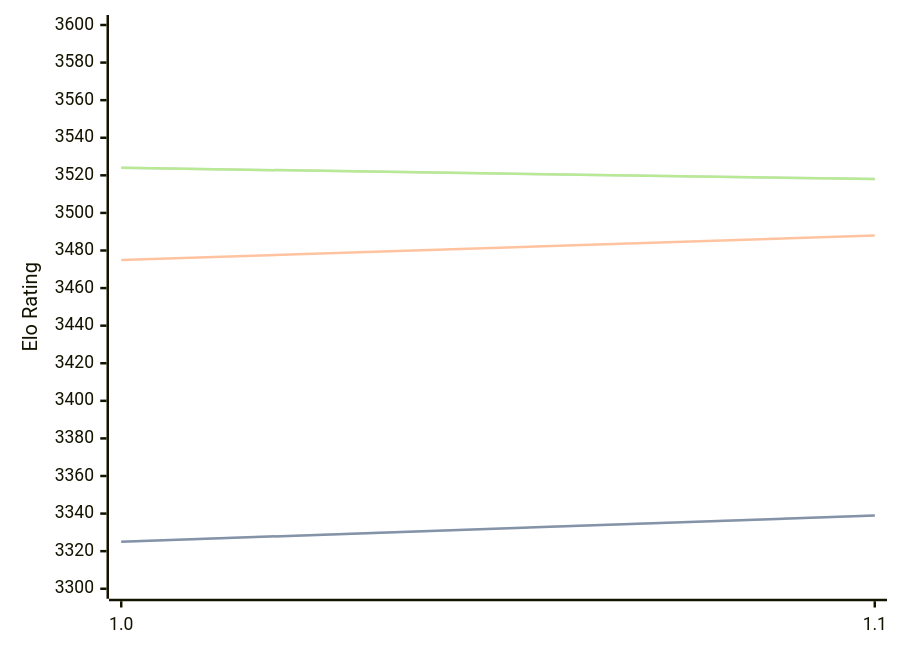
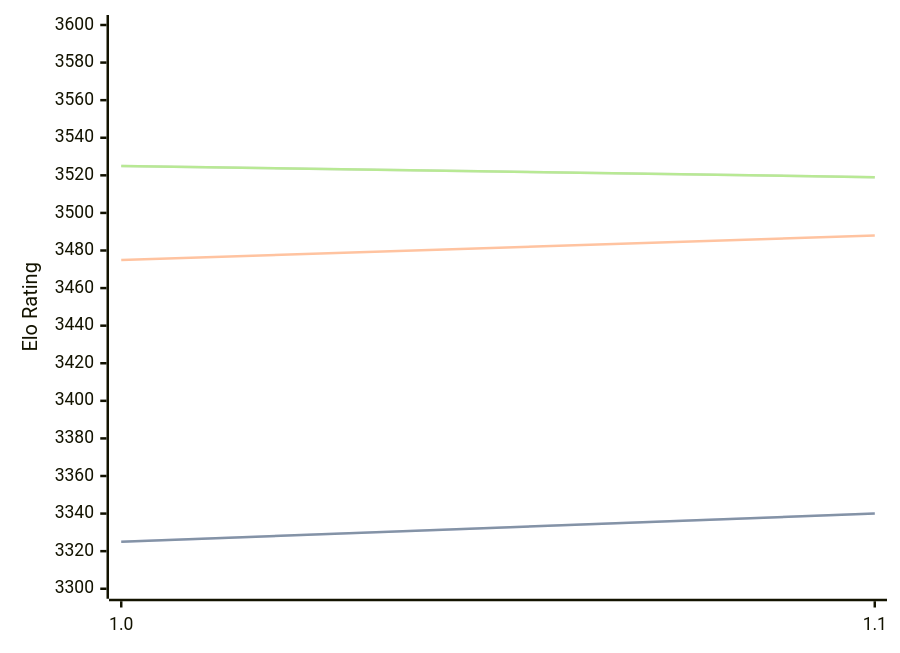
One commit to computer-chess-index/cci changed the third of 3 diagrams in engines/Horsie.md. Above: the diagram before and after it, drawn with Mermaid. The commit also changed other lines of this file, not shown here.

Commit message:
Update CCI Ratings (ELO VLTC) - 2026-07-13

````diff
--- a/engines/Horsie.md
+++ b/engines/Horsie.md
@@ -65,11 +65,11 @@
 ```mermaid
 %%{init: {"theme":"base","themeVariables":{"seriesColors:['#a3a3a3','#222221','#faa371']}}}%%
 xychart-beta
   x-axis ["1.0", "1.1"]
   y-axis "Elo Rating" 3300 --> 3600
-  line "STC (8.0+0.08s)" [3325, 3339]
-  line "STC (8.0+0.08s)" [3325, 3339]
+  line "STC (8.0+0.08s)" [3325, 3340]
+  line "STC (8.0+0.08s)" [3325, 3340]
   line "LTC (60.0+0.60s)" [3475, 3488]
-  line "VLTC (2m24s+1.12s)" [3524, 3518]
-  line "VLTC (2m24s+1.12s)" [3524, 3518]
+  line "VLTC (2m24s+1.12s)" [3525, 3519]
+  line "VLTC (2m24s+1.12s)" [3525, 3519]
 ```
````
